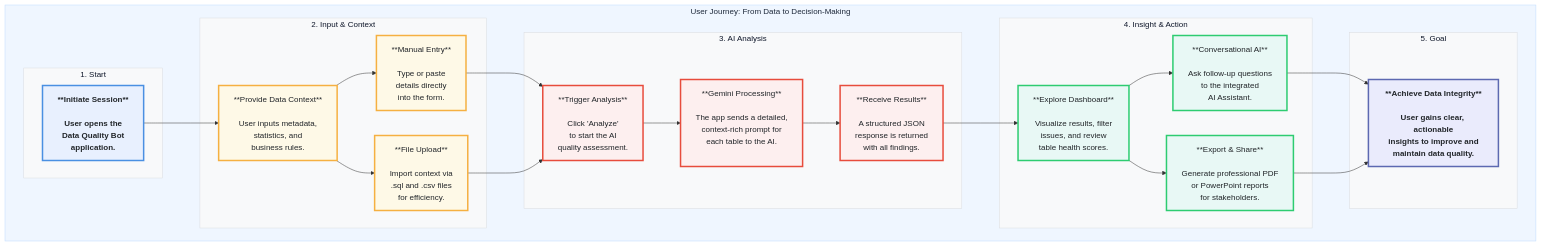
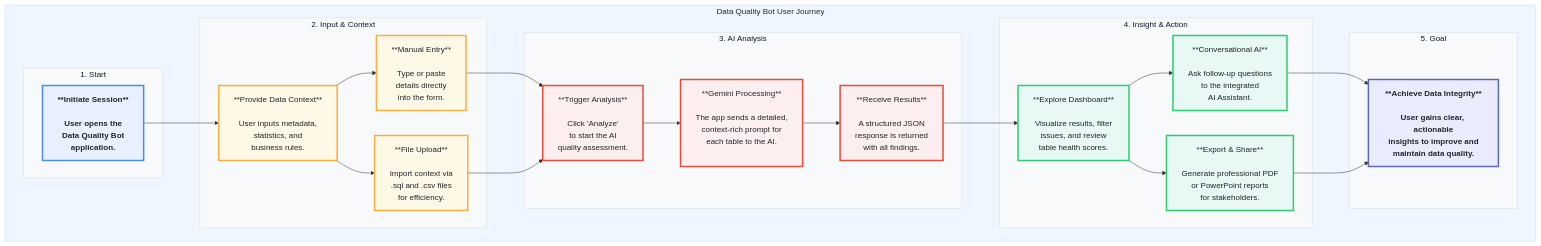
The second of 2 diagrams in README.md (chtsalvishal/DQ_Gen_AI_Bot), drawn with Mermaid before and after one commit. The commit also changed other lines of this file, not shown here.

First line of the commit message:
docs: Update README diagram styling

````diff
--- a/README.md
+++ b/README.md
@@ -92,54 +92,54 @@
 ```mermaid
 %%{init: { 'themeVariables': { 'fontSize': '36px', 'fontFamily': '"Segoe UI", Arial, sans-serif' } }}%%
 graph TD
-    subgraph user_journey [User Journey: From Data to Decision-Making]
+    subgraph user_journey [Data Quality Bot User Journey]
 
         subgraph sg1 [1. Start]
             A["**Initiate Session**<br><br>User opens the<br>Data Quality Bot<br>application.<br>"]:::startNode
         end
 
         subgraph sg2 [2. Input & Context]
             B["**Provide Data Context**<br><br>User inputs metadata,<br>statistics, and<br>business rules.<br>"]:::inputNode
             B --> B1["**Manual Entry**<br><br>Type or paste<br>details directly<br>into the form.<br>"]:::inputNode
             B --> B2["**File Upload**<br><br>Import context via<br>.sql and .csv files<br>for efficiency.<br>"]:::inputNode
         end
         
         subgraph sg3 [3. AI Analysis]
             C["**Trigger Analysis**<br><br>Click 'Analyze'<br>to start the AI<br>quality assessment.<br>"]:::analysisNode
             D["**Gemini Processing**<br><br>The app sends a detailed,<br>context-rich prompt for<br>each table to the AI.<br><br>"]:::analysisNode
             E["**Receive Results**<br><br>A structured JSON<br>response is returned<br>with all findings.<br>"]:::analysisNode
         end
 
         subgraph sg4 [4. Insight & Action]
             F["**Explore Dashboard**<br><br>Visualize results, filter<br>issues, and review<br>table health scores.<br>"]:::insightNode
             G["**Conversational AI**<br><br>Ask follow-up questions<br>to the integrated<br>AI Assistant.<br>"]:::insightNode
             H["**Export & Share**<br><br>Generate professional PDF<br>or PowerPoint reports<br>for stakeholders.<br>"]:::insightNode
         end
         
         subgraph sg5 [5. Goal]
            J["**Achieve Data Integrity**<br><br>User gains clear, actionable<br>insights to improve and<br>maintain data quality.<br>"]:::goalNode
         end
     end
 
     A --> B
     B1 --> C
     B2 --> C
     C --> D --> E
     E --> F
     F --> G & H
     G --> J
     H --> J
     
     style user_journey fill:#EFF6FF,stroke:#BFDBFE,color:#1e293b
     style sg1 fill:#F8F9FA,stroke:#DADCE0,color:#0f172a
     style sg2 fill:#F8F9FA,stroke:#DADCE0,color:#0f172a
     style sg3 fill:#F8F9FA,stroke:#DADCE0,color:#0f172a
     style sg4 fill:#F8F9FA,stroke:#DADCE0,color:#0f172a
     style sg5 fill:#F8F9FA,stroke:#DADCE0,color:#0f172a
 
     classDef startNode fill:#E8F0FE,stroke:#4A90E2,stroke-width:3px,color:#212529,font-weight:bold
     classDef inputNode fill:#FEF9E7,stroke:#F5B041,stroke-width:3px,color:#212529
     classDef analysisNode fill:#FDEFEF,stroke:#E74C3C,stroke-width:3px,color:#212529
     classDef insightNode fill:#E8F8F5,stroke:#2ECC71,stroke-width:3px,color:#212529
     classDef goalNode fill:#EAEBFC,stroke:#5D69B1,stroke-width:3px,color:#212529,font-weight:bold
 ```
````
